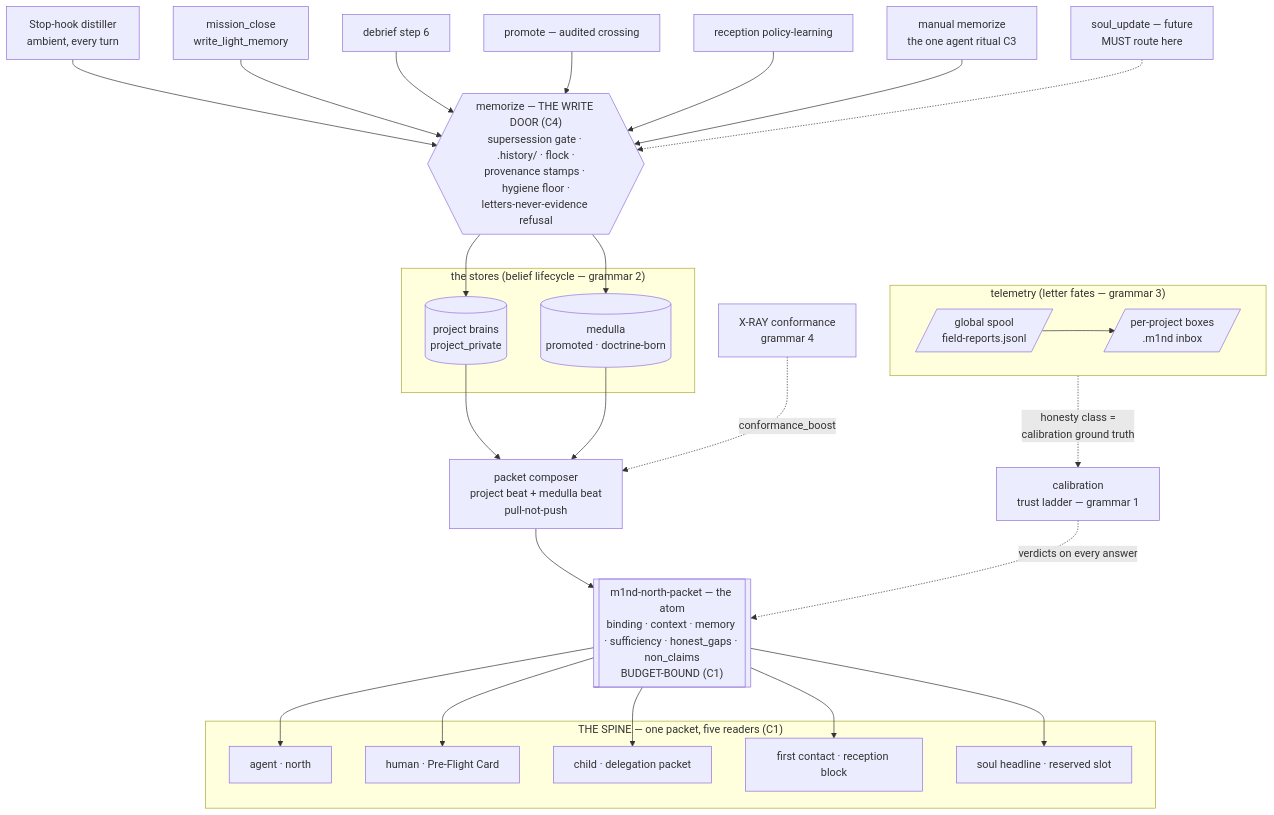
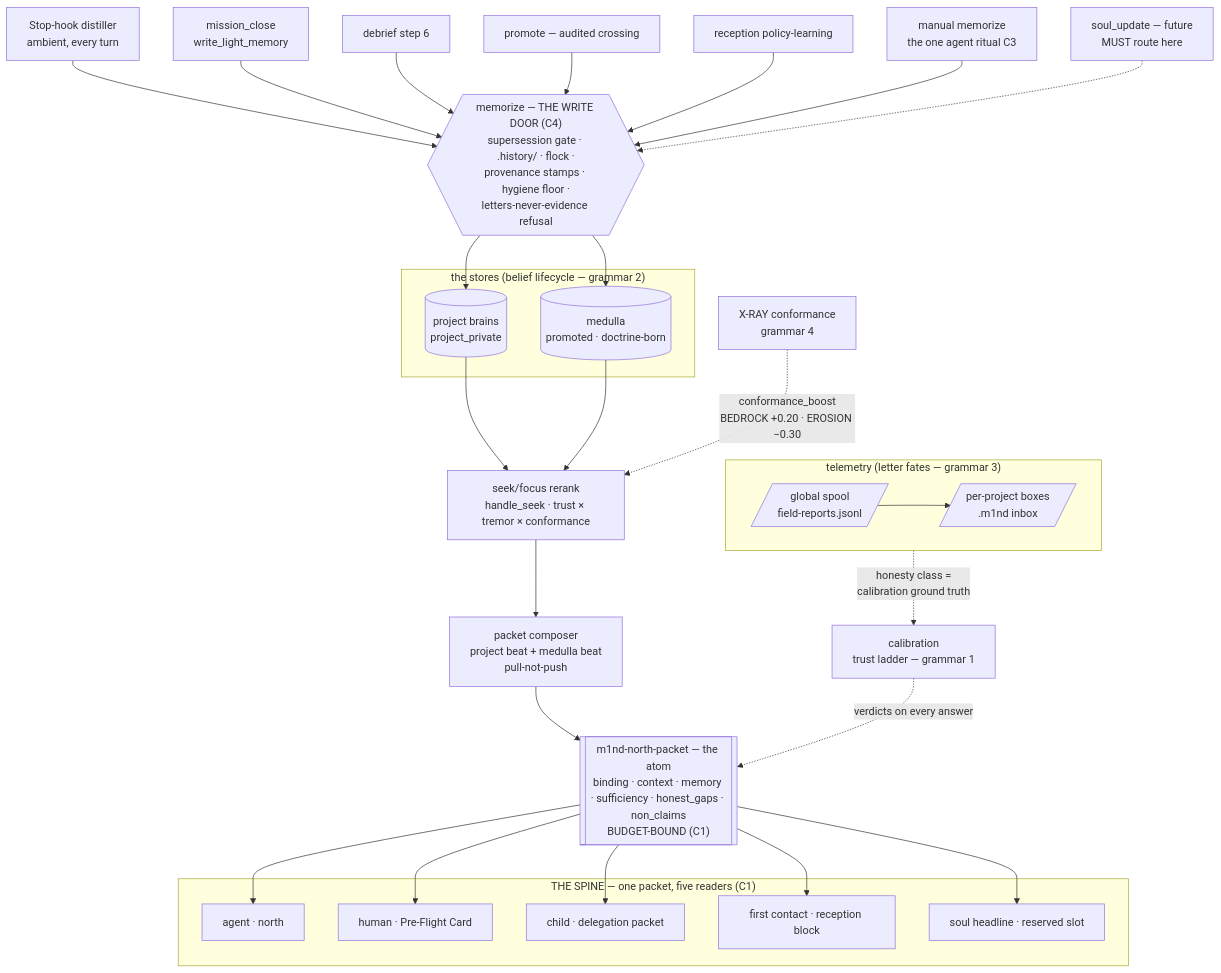
The first of 3 diagrams in docs/ORGANISM-PRD.md (maxkle1nz/m1nd), drawn with Mermaid before and after one commit. The commit also changed other lines of this file, not shown here.

````diff
--- a/docs/ORGANISM-PRD.md
+++ b/docs/ORGANISM-PRD.md
@@ -52,41 +52,42 @@
 ```mermaid
 graph TD
     subgraph READERS["THE SPINE — one packet, five readers (C1)"]
         AG[agent · north]
         PF[human · Pre-Flight Card]
         DC[child · delegation packet]
         RC[first contact · reception block]
         SH[soul headline · reserved slot]
     end
     PKT[["m1nd-north-packet — the atom<br/>binding · context · memory · sufficiency · honest_gaps · non_claims<br/>BUDGET-BOUND (C1)"]]
     PKT --> AG & PF & DC & RC & SH
 
     subgraph STORES["the stores (belief lifecycle — grammar 2)"]
         PB[(project brains<br/>project_private)]
         MED[(medulla<br/>promoted · doctrine-born)]
     end
     COMPOSE[packet composer<br/>project beat + medulla beat<br/>pull-not-push] --> PKT
-    PB --> COMPOSE
-    MED --> COMPOSE
+    RERANK[seek/focus rerank<br/>handle_seek · trust × tremor × conformance] --> COMPOSE
+    PB --> RERANK
+    MED --> RERANK
 
     DOOR{{"memorize — THE WRITE DOOR (C4)<br/>supersession gate · .history/ · flock ·<br/>provenance stamps · hygiene floor ·<br/>letters-never-evidence refusal"}}
     DOOR --> PB
     DOOR --> MED
 
     STOP[Stop-hook distiller<br/>ambient, every turn] --> DOOR
     MC[mission_close<br/>write_light_memory] --> DOOR
     DB[debrief step 6] --> DOOR
     PRV[promote — audited crossing] --> DOOR
     RL[reception policy-learning] --> DOOR
     MAN[manual memorize<br/>the one agent ritual C3] --> DOOR
     SOUL[soul_update — future<br/>MUST route here] -.-> DOOR
 
     subgraph TEL["telemetry (letter fates — grammar 3)"]
         SPOOL[/global spool<br/>field-reports.jsonl/]
         BOX[/per-project boxes<br/>.m1nd inbox/]
         SPOOL --> BOX
     end
     TEL -.->|honesty class =<br/>calibration ground truth| CAL[calibration<br/>trust ladder — grammar 1]
-    XRAY[X-RAY conformance<br/>grammar 4] -.->|conformance_boost| COMPOSE
+    XRAY[X-RAY conformance<br/>grammar 4] -.->|conformance_boost<br/>BEDROCK +0.20 · EROSION −0.30| RERANK
     CAL -.->|verdicts on every answer| PKT
 ```
````
